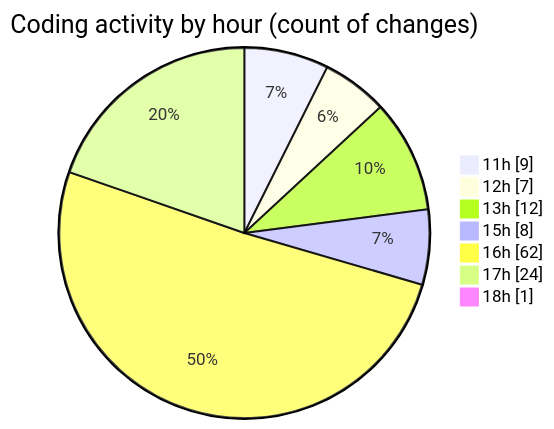
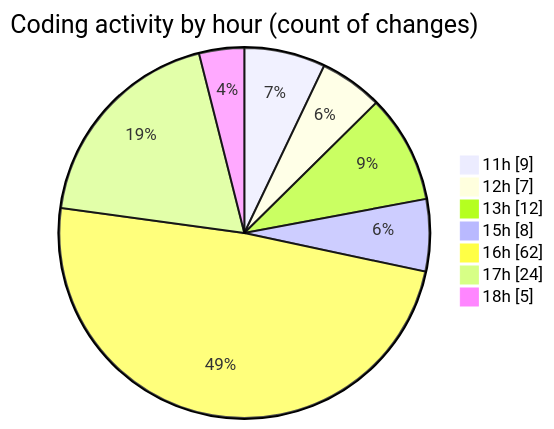
The second of 2 diagrams in 2025-08-07/ribbon/README.md (EIIisD/code-tracking), drawn with Mermaid before and after one commit. The commit also changed other lines of this file and 1 other file, not shown here.

````diff
--- a/2025-08-07/ribbon/README.md
+++ b/2025-08-07/ribbon/README.md
@@ -49,11 +49,11 @@
 ```mermaid
 pie showData
 title Coding activity by hour (count of changes)
 "11h" : 9
 "12h" : 7
 "13h" : 12
 "15h" : 8
 "16h" : 62
 "17h" : 24
-"18h" : 1
+"18h" : 5
 ```
````
